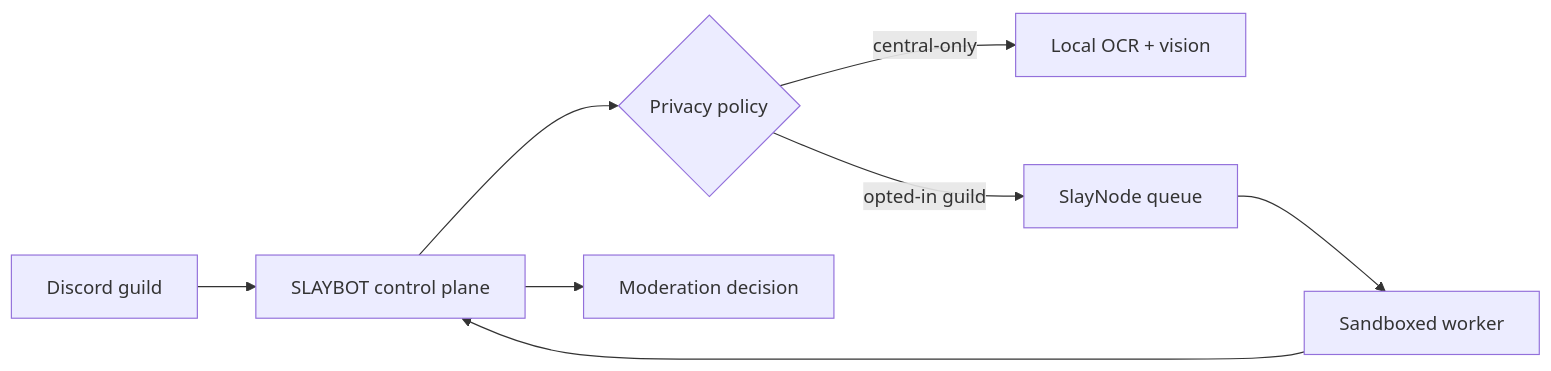
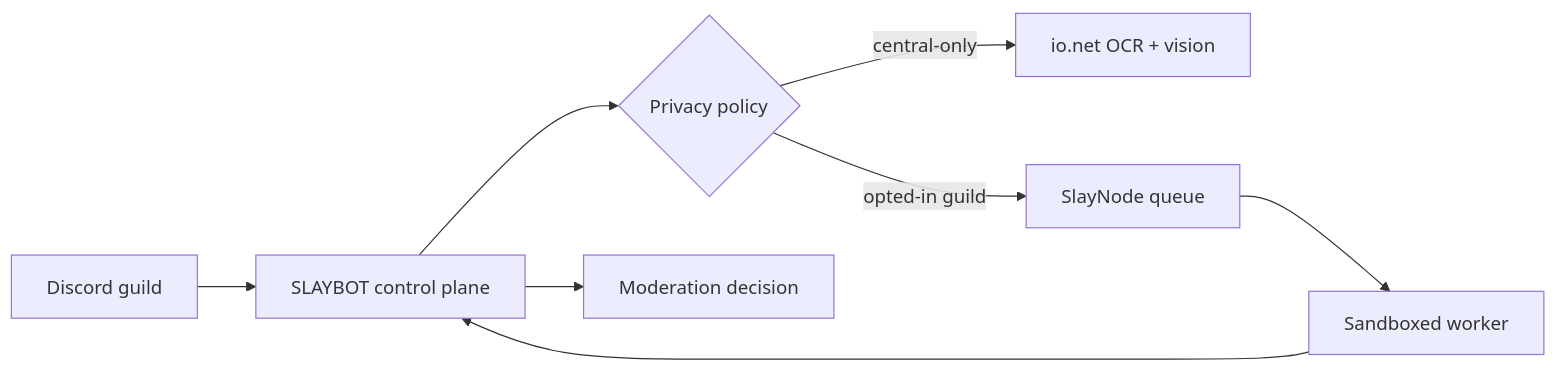
The diagram in README.md (is2a4c/SLAYBOT), drawn with Mermaid before and after one commit. The commit also changed other lines of this file and 6 other files, not shown here.

First line of the commit message:
Read image text with io.net instead of local OCR

````diff
--- a/README.md
+++ b/README.md
@@ -171,10 +171,10 @@
 ```mermaid
 flowchart LR
   A["Discord guild"] --> B["SLAYBOT control plane"]
   B --> C{"Privacy policy"}
-  C -->|"central-only"| D["Local OCR + vision"]
+  C -->|"central-only"| D["io.net OCR + vision"]
   C -->|"opted-in guild"| E["SlayNode queue"]
   E --> F["Sandboxed worker"]
   F --> B
   B --> G["Moderation decision"]
 ```
````
